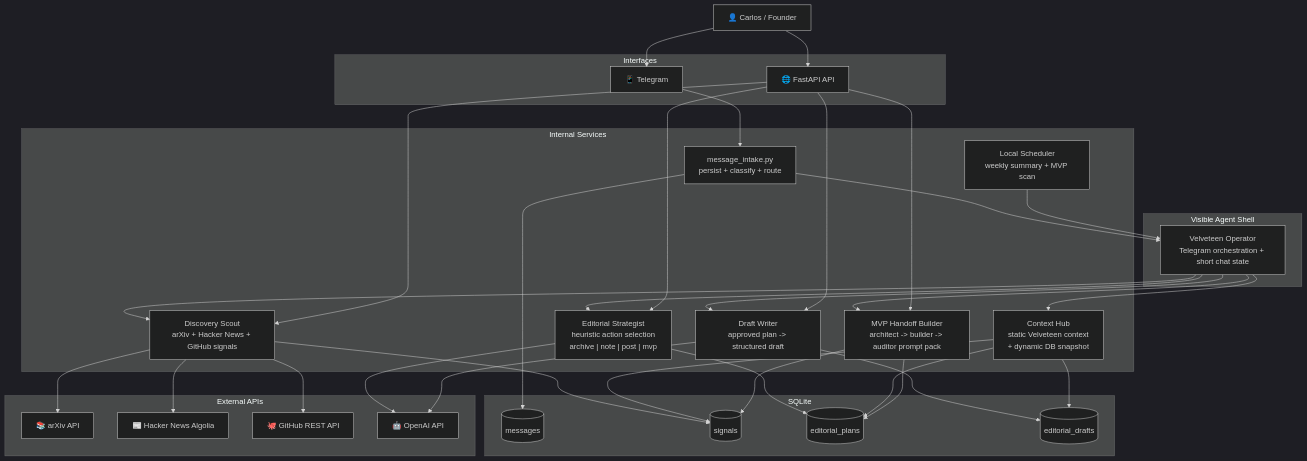
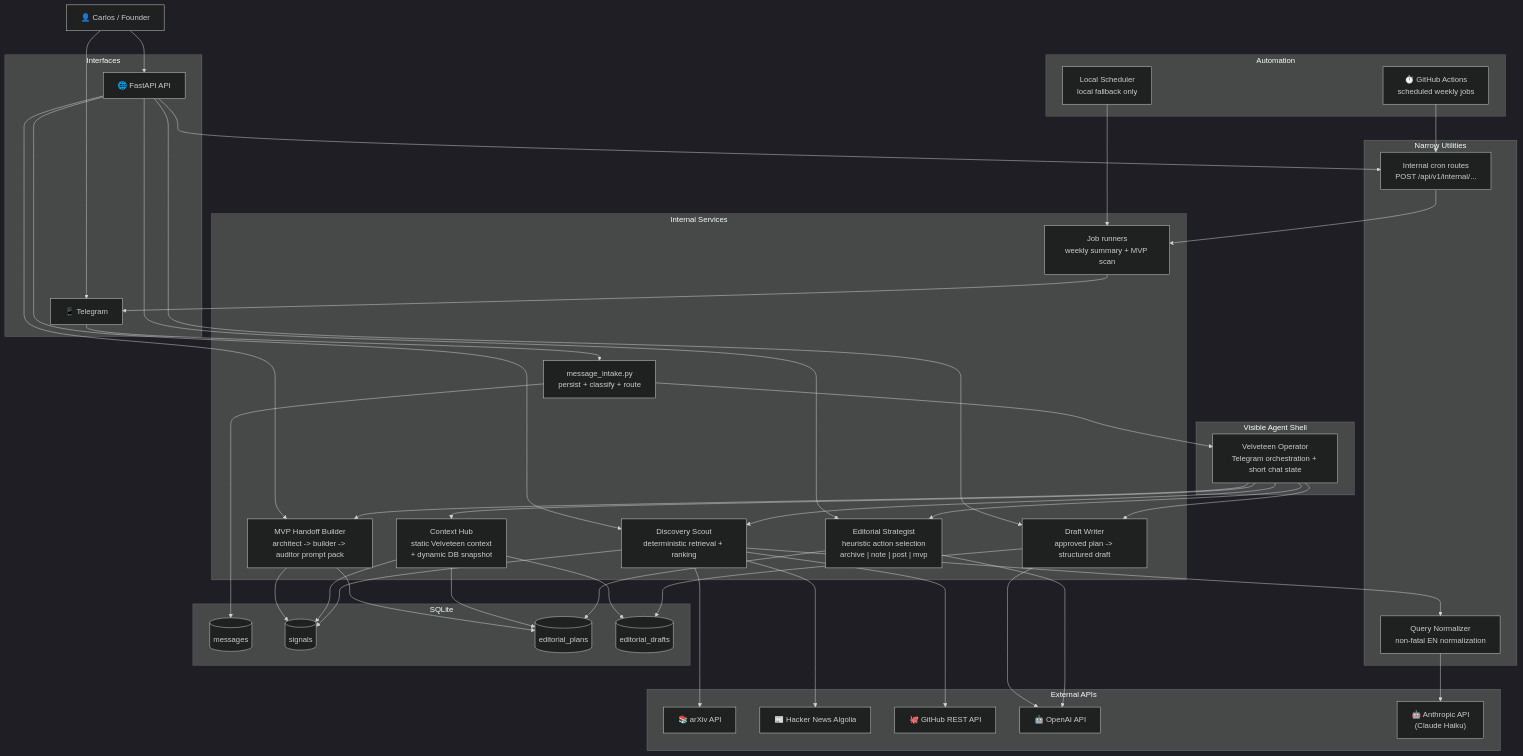
One commit to The-Velveteen-Project/insight_engine changed the diagram in README.md. Above: the diagram before and after it, drawn with Mermaid (dark theme). The commit also changed other lines of this file and 6 other files, not shown here.

Commit message:
Improve Telegram signal readability and harden query normalization

```diff
--- a/README.md
+++ b/README.md
@@ -179,11 +208,21 @@
     subgraph CORE["Internal Services"]
         INTAKE["message_intake.py\npersist + classify + route"]
         CTX["Context Hub\nstatic Velveteen context\n+ dynamic DB snapshot"]
-        DISC["Discovery Scout\narXiv + Hacker News + GitHub signals"]
+        DISC["Discovery Scout\ndeterministic retrieval + ranking"]
         PLAN["Editorial Strategist\nheuristic action selection\narchive | note | post | mvp"]
         DRAFT["Draft Writer\napproved plan -> structured draft"]
         HAND["MVP Handoff Builder\narchitect -> builder -> auditor prompt pack"]
-        SCHED["Local Scheduler\nweekly summary + MVP scan"]
+        JOBS["Job runners\nweekly summary + MVP scan"]
+    end
+
+    subgraph UTIL["Narrow Utilities"]
+        NORM["Query Normalizer\nnon-fatal EN normalization"]
+        INT["Internal cron routes\nPOST /api/v1/internal/..."]
+    end
+
+    subgraph AUTO["Automation"]
+        GHA["⏱️ GitHub Actions\nscheduled weekly jobs"]
+        LS["Local Scheduler\nlocal fallback only"]
     end
 
     subgraph DB["SQLite"]
@@ -198,6 +237,7 @@
         HN["📰 Hacker News Algolia"]
         GIT["🐙 GitHub REST API"]
         OAI["🤖 OpenAI API"]
+        ANT["🤖 Anthropic API\n(Claude Haiku)"]
     end
 
     U --> TG
@@ -217,9 +257,15 @@
     API --> PLAN
     API --> DRAFT
     API --> HAND
+    API --> INT
 
-    SCHED --> OP
+    GHA --> INT
+    LS --> JOBS
+    INT --> JOBS
+    JOBS --> TG
 
+    DISC --> NORM
+    NORM --> ANT
     DISC --> ARX
     DISC --> HN
     DISC --> GIT
```
